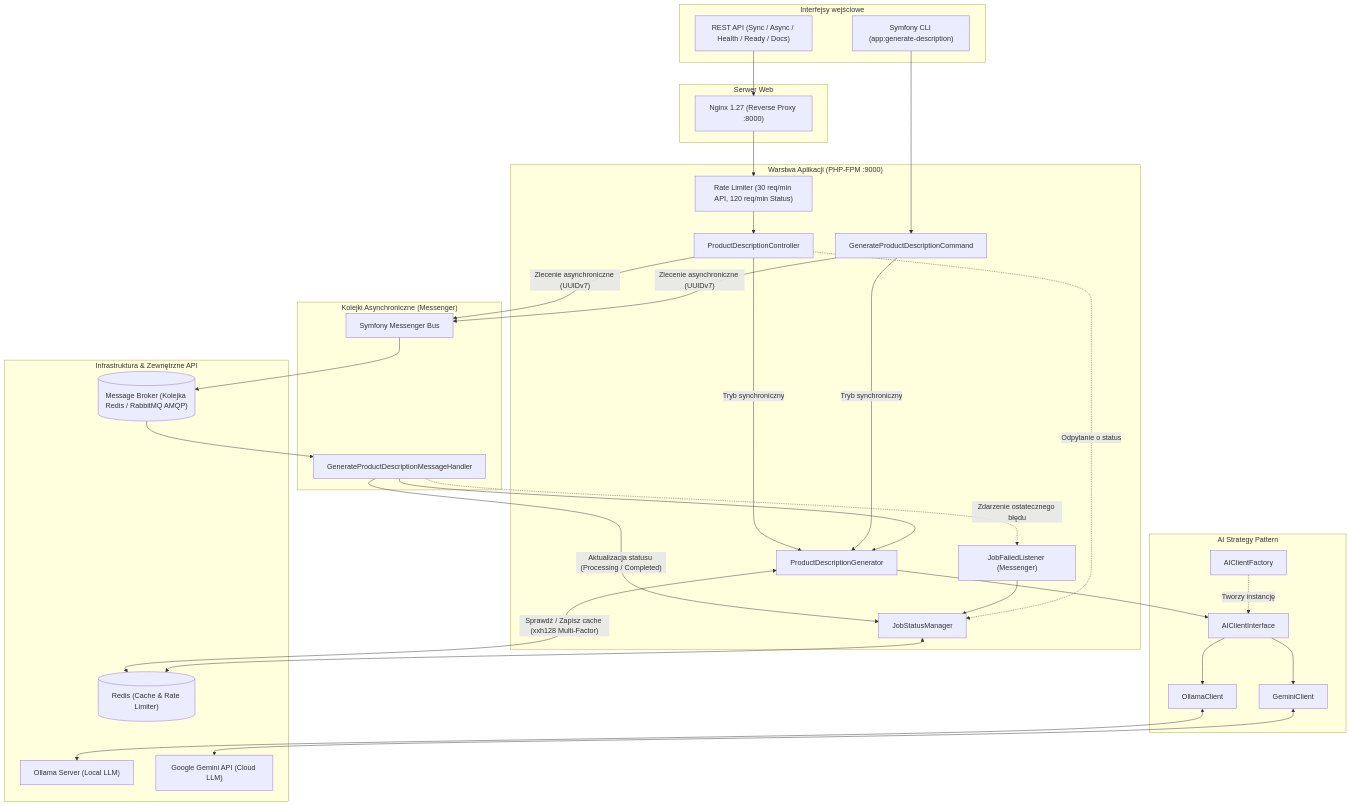
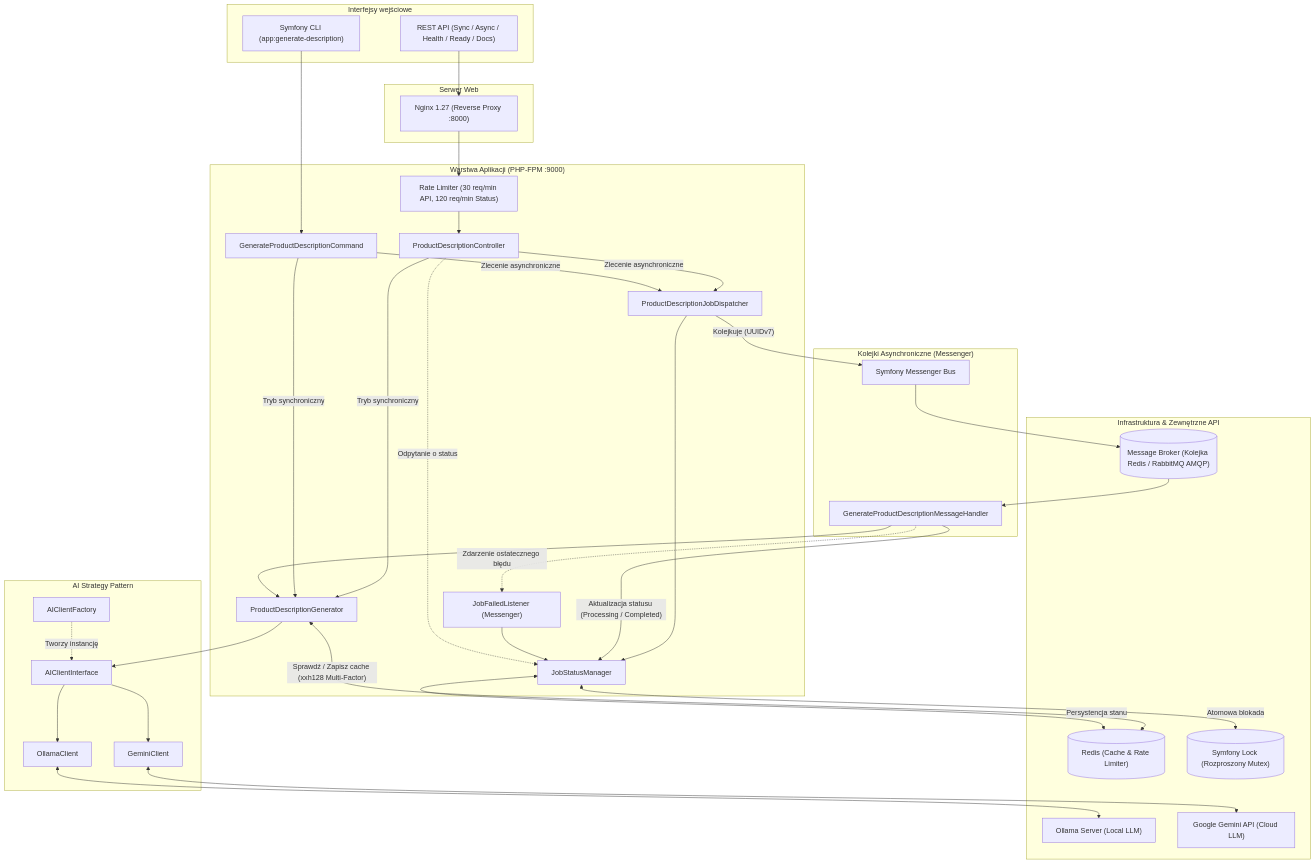
Before and after one commit to michal-kraus/ai-product-description-microservice: the diagram in README.pl.md, drawn with Mermaid. The commit also changed other lines of this file and 1 other file, not shown here.

Commit message:
docs: update readme architecture, test metrics, and project structure

````diff
--- a/README.pl.md
+++ b/README.pl.md
@@ -25,66 +25,71 @@
 ```mermaid
 flowchart TD
     subgraph Clients ["Interfejsy wejściowe"]
         HTTP["REST API (Sync / Async / Health / Ready / Docs)"]
         CLI["Symfony CLI (app:generate-description)"]
     end
 
     subgraph WebServer ["Serwer Web"]
         Nginx["Nginx 1.27 (Reverse Proxy :8000)"]
     end
 
     subgraph App ["Warstwa Aplikacji (PHP-FPM :9000)"]
         Limiter["Rate Limiter (30 req/min API, 120 req/min Status)"]
         Controller["ProductDescriptionController"]
         Command["GenerateProductDescriptionCommand"]
+        Dispatcher["ProductDescriptionJobDispatcher"]
         Generator["ProductDescriptionGenerator"]
         JobManager["JobStatusManager"]
         JobListener["JobFailedListener (Messenger)"]
     end
 
     subgraph MessengerLayer ["Kolejki Asynchroniczne (Messenger)"]
         Bus["Symfony Messenger Bus"]
         Handler["GenerateProductDescriptionMessageHandler"]
     end
 
     subgraph AIService ["AI Strategy Pattern"]
         Factory["AIClientFactory"]
         Strategy["AIClientInterface"]
         Ollama["OllamaClient"]
         Gemini["GeminiClient"]
     end
 
     subgraph Infra ["Infrastruktura & Zewnętrzne API"]
         RedisCache[("Redis (Cache & Rate Limiter)")]
+        LockStore[("Symfony Lock (Rozproszony Mutex)")]
         Queues[("Message Broker (Kolejka Redis / RabbitMQ AMQP)")]
         OllamaSrv["Ollama Server (Local LLM)"]
         GeminiAPI["Google Gemini API (Cloud LLM)"]
     end
 
     HTTP --> Nginx --> Limiter --> Controller
     CLI --> Command
 
     Controller -- "Tryb synchroniczny" --> Generator
     Command -- "Tryb synchroniczny" --> Generator
 
-    Controller -- "Zlecenie asynchroniczne (UUIDv7)" --> Bus
-    Command -- "Zlecenie asynchroniczne (UUIDv7)" --> Bus
+    Controller -- "Zlecenie asynchroniczne" --> Dispatcher
+    Command -- "Zlecenie asynchroniczne" --> Dispatcher
+    Dispatcher -- "Kolejkuje (UUIDv7)" --> Bus
+    Dispatcher --> JobManager
 
     Bus --> Queues --> Handler
     Handler -- "Aktualizacja statusu (Processing / Completed)" --> JobManager
     Handler --> Generator
     Handler -. "Zdarzenie ostatecznego błędu" .-> JobListener --> JobManager
 
     Generator <-->|"Sprawdź / Zapisz cache (xxh128 Multi-Factor)"| RedisCache
     Generator --> Strategy
 
     Factory -. "Tworzy instancję" .-> Strategy
     Strategy --> Ollama
     Strategy --> Gemini
 
     Ollama <--> OllamaSrv
     Gemini <--> GeminiAPI
 
     Controller -. "Odpytanie o status" .-> JobManager
-    JobManager <--> RedisCache
+    JobManager <-->|"Persystencja stanu"| RedisCache
+    JobManager <-->|"Atomowa blokada"| LockStore
 ```
````
